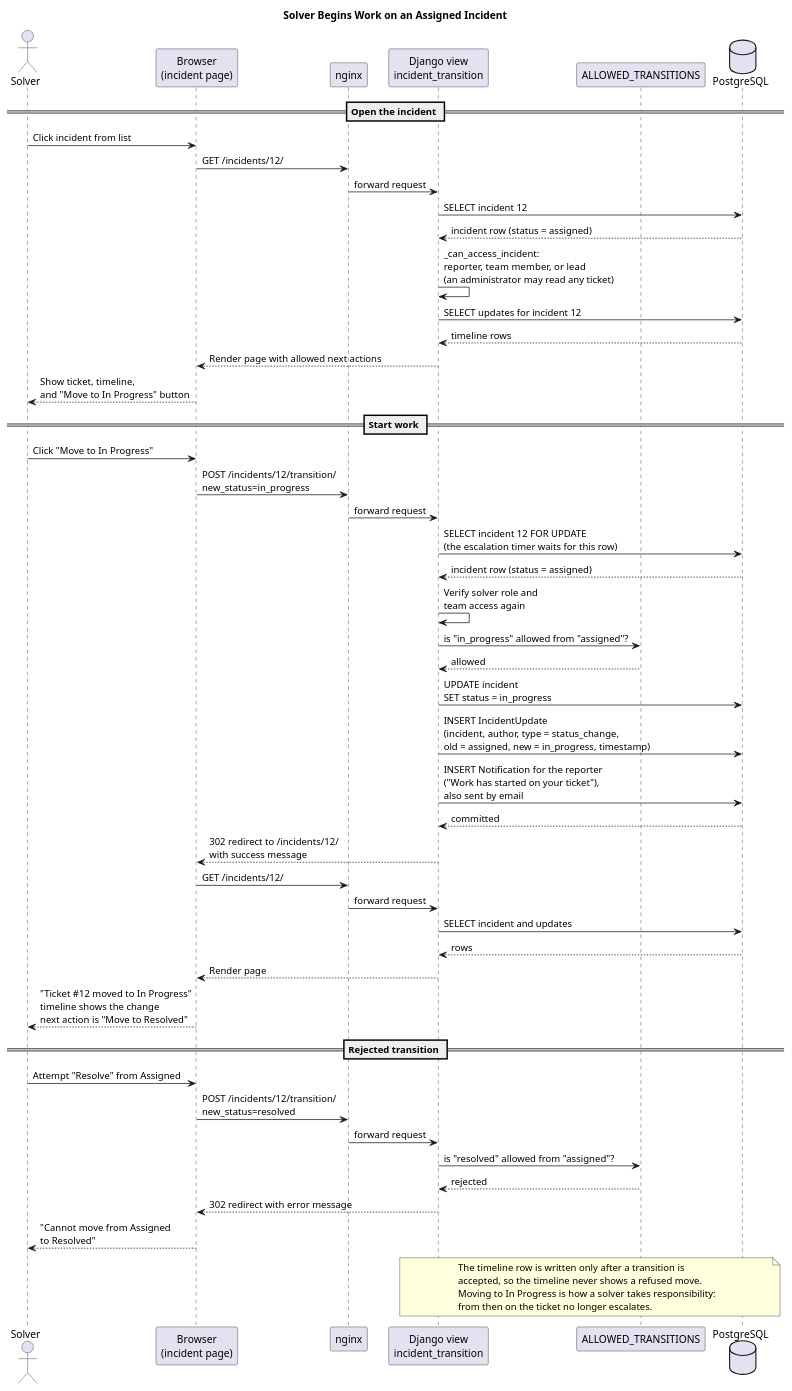
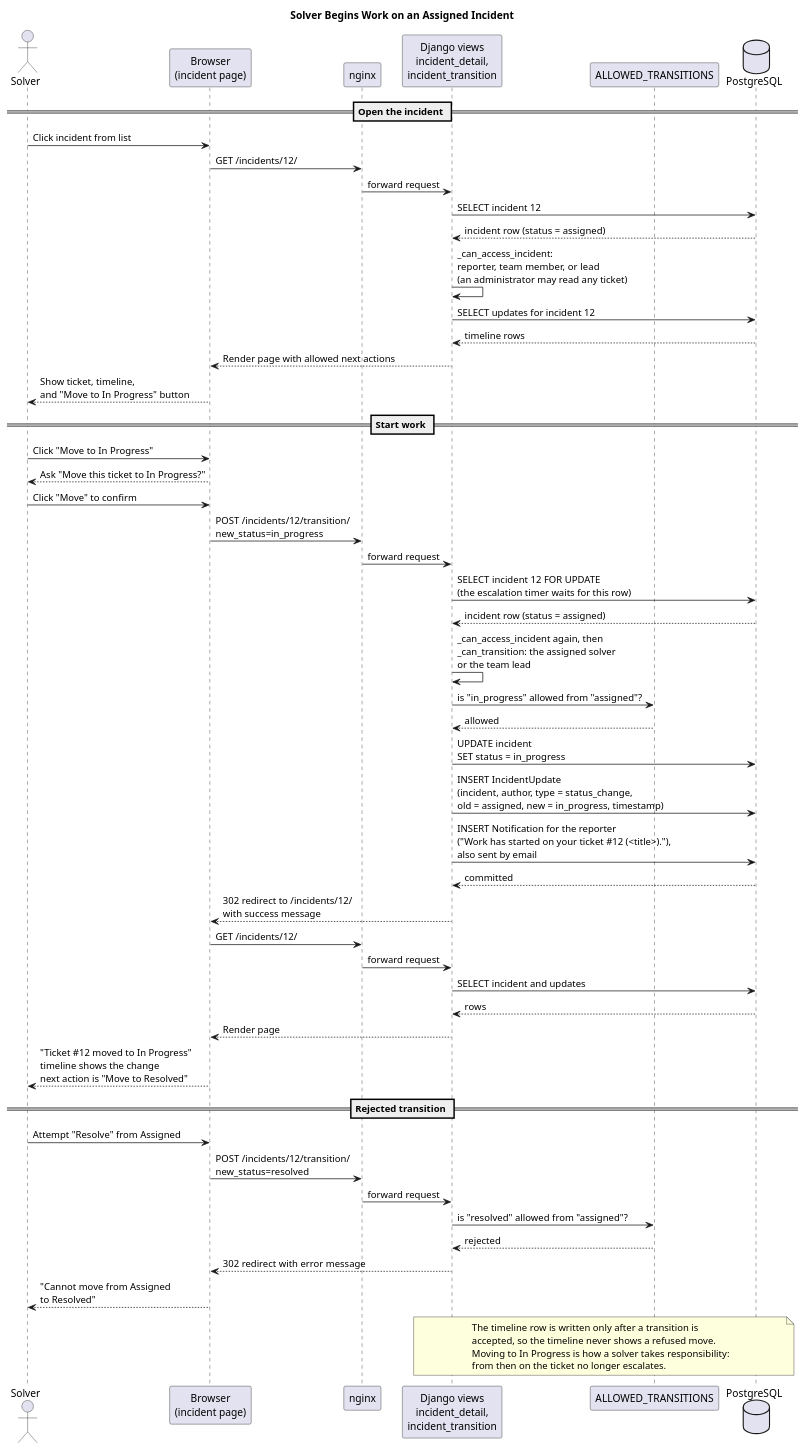
The diagram in docs/solver-sequence.puml (ZiedRbd/COSC-3339-Fall-2026-Term-Project), drawn with PlantUML before and after one commit. The commit also changed 9 other files, not shown here.

Commit message:
Docs match the code: profile picture column in the ER diagram, policy link on the calendar, every trigger of the waiting queue, the administrator account, and two new diagrams (Sprint 4 ER changes, escalation activity)

```diff
--- a/docs/solver-sequence.puml
+++ b/docs/solver-sequence.puml
@@ -1,59 +1,61 @@
 @startuml
 title Solver Begins Work on an Assigned Incident
 
 actor Solver
 participant "Browser\n(incident page)" as Browser
 participant "nginx" as Nginx
-participant "Django view\nincident_transition" as View
+participant "Django views\nincident_detail,\nincident_transition" as View
 participant "ALLOWED_TRANSITIONS" as Rules
 database "PostgreSQL" as DB
 
 == Open the incident ==
 Solver -> Browser : Click incident from list
 Browser -> Nginx : GET /incidents/12/
 Nginx -> View : forward request
 View -> DB : SELECT incident 12
 DB --> View : incident row (status = assigned)
 View -> View : _can_access_incident:\nreporter, team member, or lead\n(an administrator may read any ticket)
 View -> DB : SELECT updates for incident 12
 DB --> View : timeline rows
 View --> Browser : Render page with allowed next actions
 Browser --> Solver : Show ticket, timeline,\nand "Move to In Progress" button
 
 == Start work ==
 Solver -> Browser : Click "Move to In Progress"
+Browser --> Solver : Ask "Move this ticket to In Progress?"
+Solver -> Browser : Click "Move" to confirm
 Browser -> Nginx : POST /incidents/12/transition/\nnew_status=in_progress
 Nginx -> View : forward request
 View -> DB : SELECT incident 12 FOR UPDATE\n(the escalation timer waits for this row)
 DB --> View : incident row (status = assigned)
-View -> View : Verify solver role and\nteam access again
+View -> View : _can_access_incident again, then\n_can_transition: the assigned solver\nor the team lead
 View -> Rules : is "in_progress" allowed from "assigned"?
 Rules --> View : allowed
 View -> DB : UPDATE incident\nSET status = in_progress
 View -> DB : INSERT IncidentUpdate\n(incident, author, type = status_change,\nold = assigned, new = in_progress, timestamp)
-View -> DB : INSERT Notification for the reporter\n("Work has started on your ticket"),\nalso sent by email
+View -> DB : INSERT Notification for the reporter\n("Work has started on your ticket #12 (<title>)."),\nalso sent by email
 DB --> View : committed
 View --> Browser : 302 redirect to /incidents/12/\nwith success message
 Browser -> Nginx : GET /incidents/12/
 Nginx -> View : forward request
 View -> DB : SELECT incident and updates
 DB --> View : rows
 View --> Browser : Render page
 Browser --> Solver : "Ticket #12 moved to In Progress"\ntimeline shows the change\nnext action is "Move to Resolved"
 
 == Rejected transition ==
 Solver -> Browser : Attempt "Resolve" from Assigned
 Browser -> Nginx : POST /incidents/12/transition/\nnew_status=resolved
 Nginx -> View : forward request
 View -> Rules : is "resolved" allowed from "assigned"?
 Rules --> View : rejected
 View --> Browser : 302 redirect with error message
 Browser --> Solver : "Cannot move from Assigned\nto Resolved"
 
 note over View, DB
   The timeline row is written only after a transition is
   accepted, so the timeline never shows a refused move.
   Moving to In Progress is how a solver takes responsibility:
   from then on the ticket no longer escalates.
 end note
 @enduml
```
